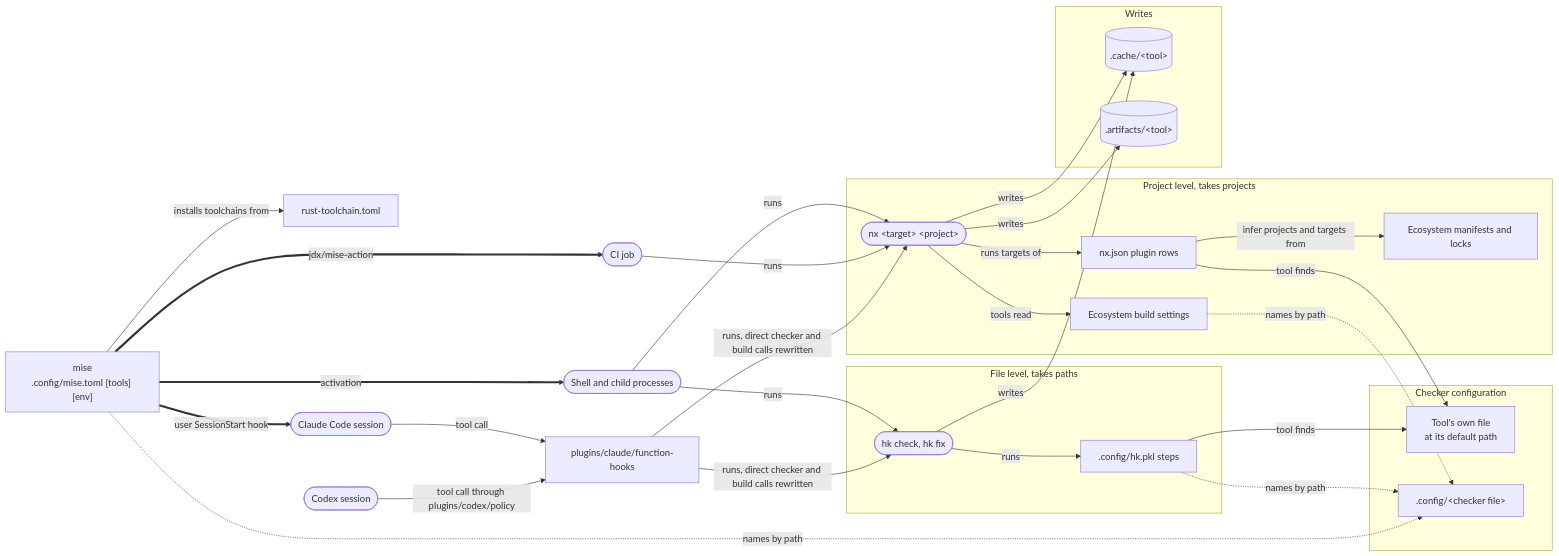
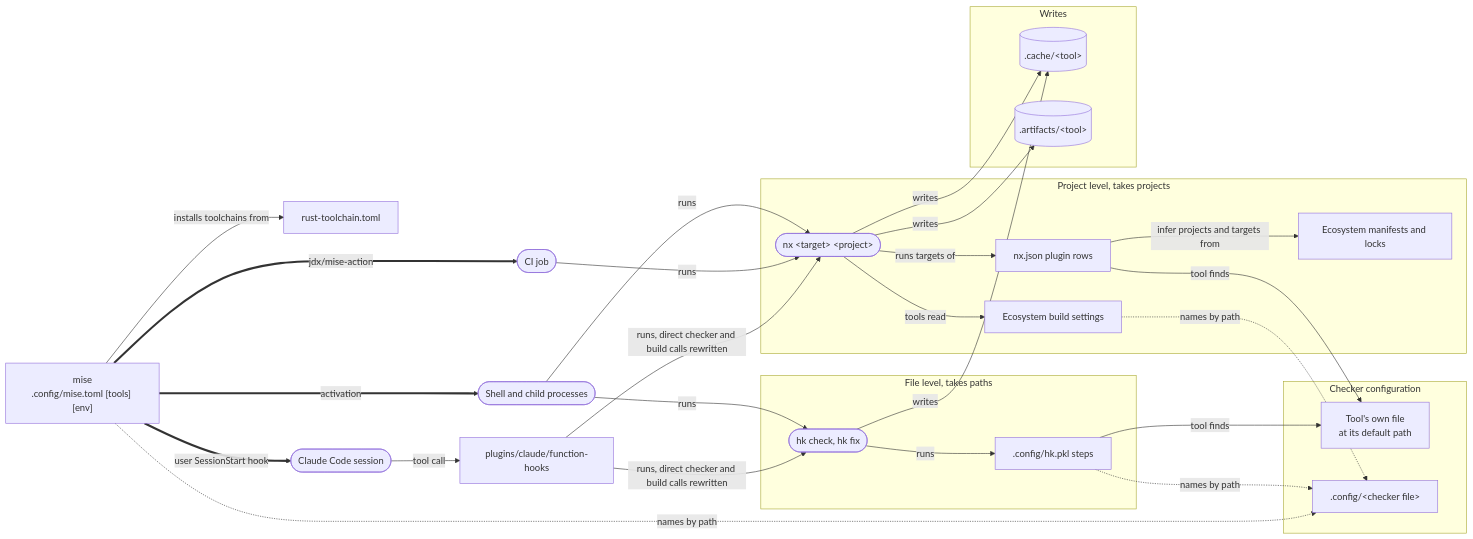
One commit to bsamiee/Rasm changed the diagram in README.md. Above: the diagram before and after it, drawn with Mermaid. The commit also changed other lines of this file and 1040 other files, not shown here.

````diff
--- a/README.md
+++ b/README.md
@@ -81,50 +81,48 @@
 ```mermaid
 flowchart LR
     versions["rust-toolchain.toml"]
     mise["mise<br/>.config/mise.toml [tools] [env]"]
     shell(["Shell and child processes"])
     claude(["Claude Code session"])
-    codex(["Codex session"])
     ci(["CI job"])
     hooks["plugins/claude/function-hooks"]
 
     subgraph file["File level, takes paths"]
         hk(["hk check, hk fix"])
         steps[".config/hk.pkl steps"]
     end
 
     subgraph project["Project level, takes projects"]
         nx(["nx #lt;target#gt; #lt;project#gt;"])
         plugins["nx.json plugin rows"]
         manifests["Ecosystem manifests and locks"]
         build["Ecosystem build settings"]
     end
 
     subgraph config["Checker configuration"]
         found["Tool's own file<br/>at its default path"]
         named[".config/#lt;checker file#gt;"]
     end
 
     subgraph writes["Writes"]
         cache[(".cache/#lt;tool#gt;")]
         artifacts[(".artifacts/#lt;tool#gt;")]
     end
 
     mise -->|installs toolchains from| versions
     mise ==>|activation| shell
     mise ==>|user SessionStart hook| claude
     mise ==>|jdx/mise-action| ci
     shell -->|runs| hk & nx
     ci -->|runs| nx
     claude -->|tool call| hooks
-    codex -->|tool call through plugins/codex/policy| hooks
     hooks -->|runs, direct checker and build calls rewritten| hk & nx
     hk -->|runs| steps
     nx -->|runs targets of| plugins
     plugins -->|infer projects and targets from| manifests
     nx -->|tools read| build
     steps & plugins -->|tool finds| found
     steps & build & mise -.->|names by path| named
     hk -->|writes| cache
     nx -->|writes| cache & artifacts
 ```
````
